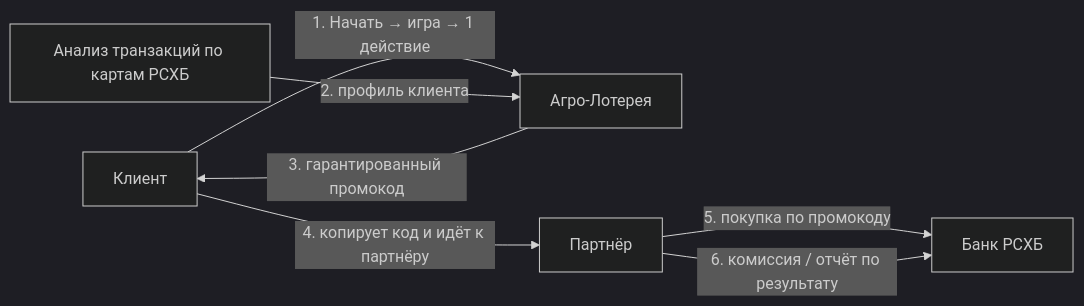
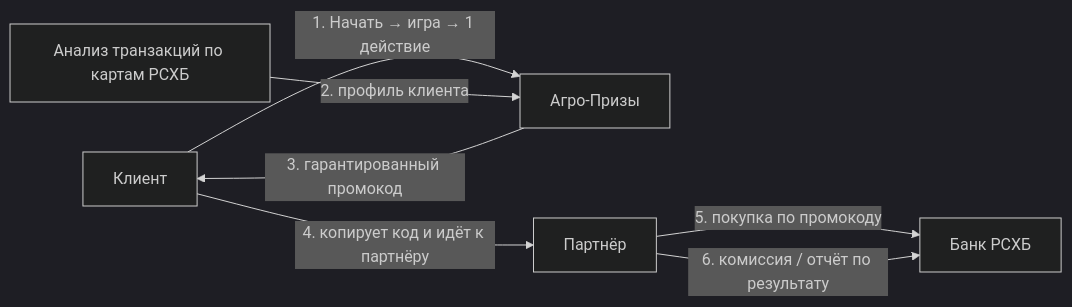
The second of 3 diagrams in README.md (Wolf-prog/agro-prizes), drawn with Mermaid (dark theme) before and after one commit. The commit also changed other lines of this file and 1 other file, not shown here.

````diff
--- a/README.md
+++ b/README.md
@@ -94,9 +94,9 @@
 ```mermaid
 flowchart LR
-  C[Клиент] -- "1. Начать → игра → 1 действие" --> G[Агро-Лотерея]
+  C[Клиент] -- "1. Начать → игра → 1 действие" --> G[Агро-Призы]
   A[Анализ транзакций по картам РСХБ] -- "2. профиль клиента" --> G
   G -- "3. гарантированный промокод" --> C
   C -- "4. копирует код и идёт к партнёру" --> P[Партнёр]
   P -- "5. покупка по промокоду" --> B[Банк РСХБ]
   P -- "6. комиссия / отчёт по результату" --> B
 ```
````
